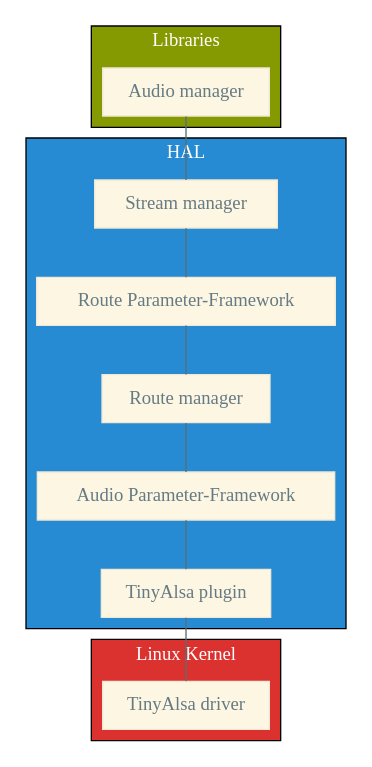
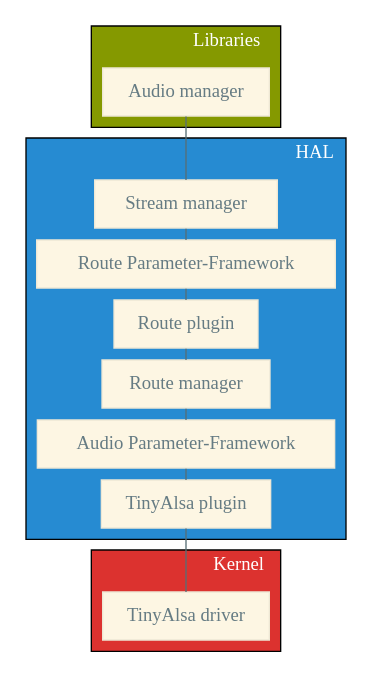
One commit to Makohoek/internship-report changed the diagram in report/src/img/hal-architecture/hal-archi.dot. Above: the diagram before and after it, drawn with Graphviz.

Commit message:
update hal drawing

```diff
--- a/report/src/img/hal-architecture/hal-archi.dot
+++ b/report/src/img/hal-architecture/hal-archi.dot
@@ -1,84 +1,88 @@
 /**
  * Hal Architecture diagram with solarized light colorscheme
  * Example found on http://fsteeg.com/2006/11/17/uml-class-diagrams-with-graphviz/
  *
  * Colors added by Mattijs Korpershoek
  * <mattijs.korpershoek@gmail.com>
  */
 
 /*
  * Solarized colorscheme:
  * $base03:    #002b36;
  * $base02:    #073642;
  * $base01:    #586e75;
  * $base00:    #657b83;
  * $base0:     #839496;
  * $base1:     #93a1a1;
  * $base2:     #eee8d5;
  * $base3:     #fdf6e3;
  * $yellow:    #b58900;
  * $orange:    #cb4b16;
  * $red:       #dc322f;
  * $magenta:   #d33682;
  * $violet:    #6c71c4;
  * $blue:      #268bd2;
  * $cyan:      #2aa198;
  * $green:     #859900;
  * */
 graph hierarchy
 {
-  size="15,15";
+  size="30,15";
   node[shape=record,style=filled,fillcolor="#fdf6e3", fontcolor="#657b83", color="#eee8d5"];
   edge[arrowhead=none, arrowtail=none, color="#586e75"];
+  ranksep=0.10; //packs the nodes a bit more
+  labeljust="r";
 
   subgraph clusterLibraries{
     label="Libraries";
     AudioMgr [label="Audio manager"];
     bgcolor="#859900";
     fontcolor="#ffffff";
   }
 
   subgraph clusterHal{
     label="HAL";
     edge[arrowhead=none, arrowtail=none, color="#586e75"];
     streamMgr [label="Stream manager"];
     RoutePfw [label="Route Parameter-Framework"];
+    RoutePlugin [label="Route plugin"];
     RouteMgr [label="Route manager"];
     AudioPfw [label="Audio Parameter-Framework"];
     TinyPlugin [label="TinyAlsa plugin"];
     bgcolor="#268bd2";
     fontcolor="#ffffff";
   }
 
   subgraph clusterDrivers{
-    label="Linux Kernel";
+    label="Kernel";
     TinyAlsa [label="TinyAlsa driver"];
     bgcolor="#dc322f";
     fontcolor="#ffffff";
   }
 
   AudioMgr -- streamMgr;
   streamMgr -- RoutePfw;
-  RoutePfw -- RouteMgr;
+  RoutePfw -- RoutePlugin;
+  RoutePlugin -- RouteMgr;
   RouteMgr -- AudioPfw;
   AudioPfw -- TinyPlugin;
   TinyPlugin -- TinyAlsa;
 }
 
 /*
    graph G {
    e
    subgraph clusterA {
    a -- b;
    subgraph clusterC {
    C -- D;
    }
    }
    subgraph clusterB {
    d -- f
    }
    d -- D
    e -- clusterB
    clusterC -- clusterB
    }
  */
```
